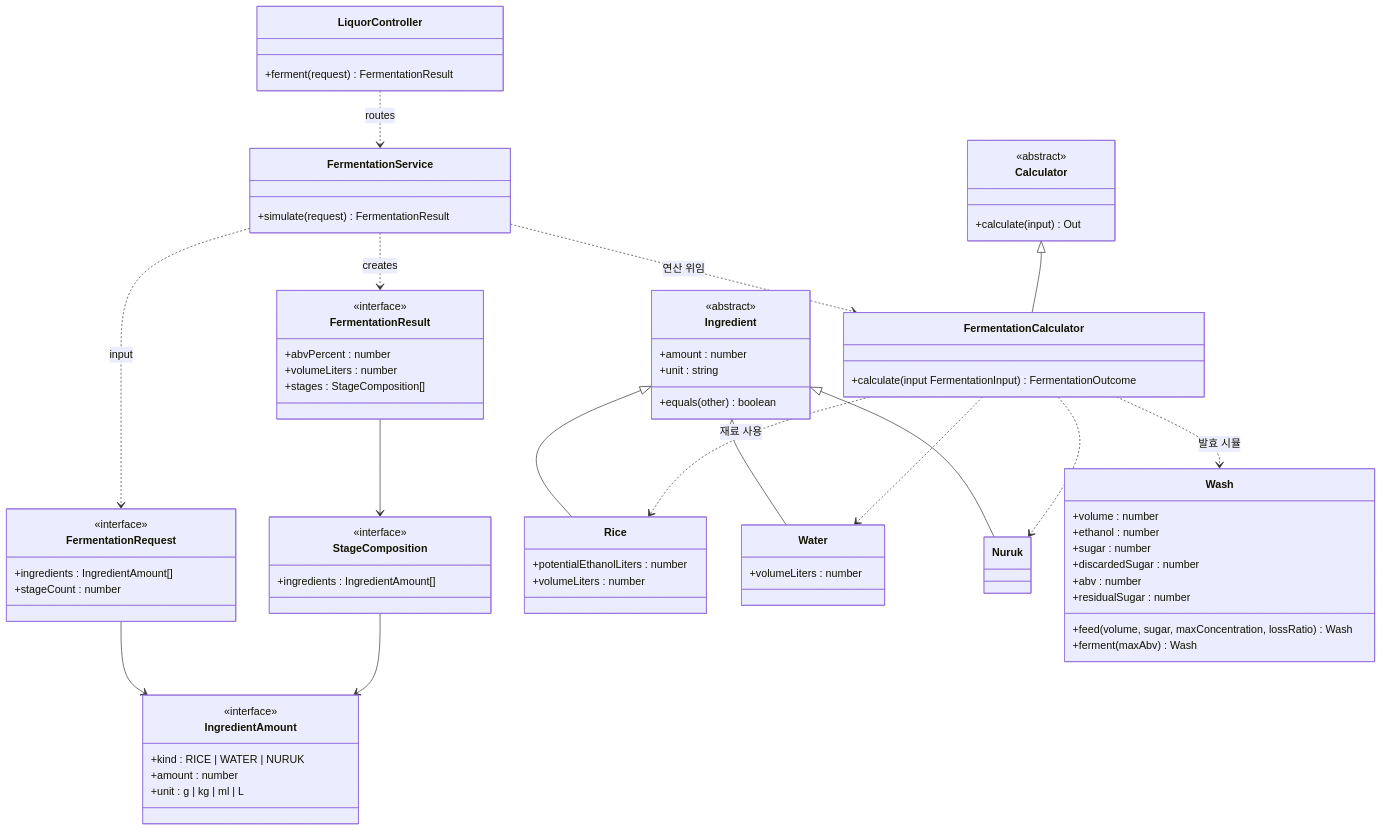
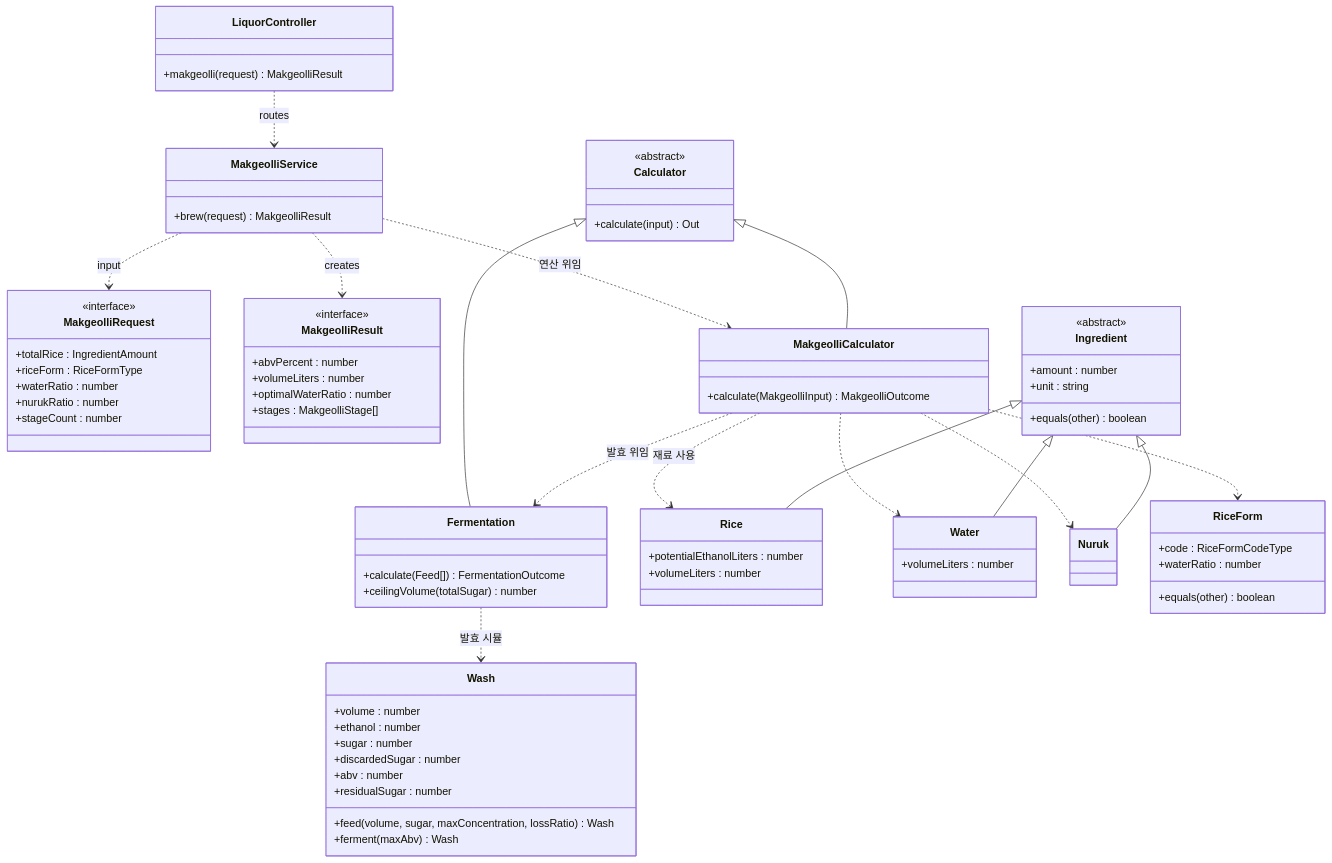
One commit to TransparentDeveloper/alcolmeter changed the second of 2 diagrams in packages/domain-v2/README.md. Above: the diagram before and after it, drawn with Mermaid. The commit also changed other lines of this file and 12 other files, not shown here.

````diff
--- a/packages/domain-v2/README.md
+++ b/packages/domain-v2/README.md
@@ -25,57 +141,57 @@
 ```mermaid
 classDiagram
     class LiquorController {
-        +ferment(request) FermentationResult
+        +makgeolli(request) MakgeolliResult
     }
-
-    class FermentationService {
-        +simulate(request) FermentationResult
+    class MakgeolliService {
+        +brew(request) MakgeolliResult
     }
-
-    class FermentationRequest {
+    class MakgeolliRequest {
         <<interface>>
-        +ingredients : IngredientAmount[]
+        +totalRice : IngredientAmount
+        +riceForm : RiceFormType
+        +waterRatio : number
+        +nurukRatio : number
         +stageCount : number
     }
-
-    class IngredientAmount {
-        <<interface>>
-        +kind : RICE | WATER | NURUK
-        +amount : number
-        +unit : g | kg | ml | L
-    }
-
-    class StageComposition {
-        <<interface>>
-        +ingredients : IngredientAmount[]
-    }
-
-    class FermentationResult {
+    class MakgeolliResult {
         <<interface>>
         +abvPercent : number
         +volumeLiters : number
-        +stages : StageComposition[]
+        +optimalWaterRatio : number
+        +stages : MakgeolliStage[]
     }
-
+    class Calculator {
+        <<abstract>>
+        +calculate(input) Out
+    }
+    class MakgeolliCalculator {
+        +calculate(MakgeolliInput) MakgeolliOutcome
+    }
+    class Fermentation {
+        +calculate(Feed[]) FermentationOutcome
+        +ceilingVolume(totalSugar) number
+    }
     class Ingredient {
         <<abstract>>
         +amount : number
         +unit : string
         +equals(other) boolean
     }
-
     class Rice {
         +potentialEthanolLiters : number
         +volumeLiters : number
     }
-
     class Water {
         +volumeLiters : number
     }
-
     class Nuruk {
     }
-
+    class RiceForm {
+        +code : RiceFormCodeType
+        +waterRatio : number
+        +equals(other) boolean
+    }
     class Wash {
         +volume : number
         +ethanol : number
@@ -87,28 +203,19 @@
         +ferment(maxAbv) Wash
     }
 
-    class Calculator {
-        <<abstract>>
-        +calculate(input) Out
-    }
-
-    class FermentationCalculator {
-        +calculate(input FermentationInput) FermentationOutcome
-    }
-
-    LiquorController ..> FermentationService : routes
-    FermentationService ..> FermentationRequest : input
-    FermentationService ..> FermentationResult : creates
-    FermentationService ..> FermentationCalculator : 연산 위임
-    FermentationRequest --> IngredientAmount
-    FermentationResult --> StageComposition
-    StageComposition --> IngredientAmount
+    LiquorController ..> MakgeolliService : routes
+    MakgeolliService ..> MakgeolliRequest : input
+    MakgeolliService ..> MakgeolliResult : creates
+    MakgeolliService ..> MakgeolliCalculator : 연산 위임
+    Calculator <|-- MakgeolliCalculator
+    Calculator <|-- Fermentation
+    MakgeolliCalculator ..> Fermentation : 발효 위임
+    MakgeolliCalculator ..> Rice : 재료 사용
+    MakgeolliCalculator ..> Water
+    MakgeolliCalculator ..> Nuruk
+    MakgeolliCalculator ..> RiceForm
+    Fermentation ..> Wash : 발효 시뮬
     Ingredient <|-- Rice
     Ingredient <|-- Water
     Ingredient <|-- Nuruk
-    Calculator <|-- FermentationCalculator
-    FermentationCalculator ..> Rice : 재료 사용
-    FermentationCalculator ..> Water
-    FermentationCalculator ..> Nuruk
-    FermentationCalculator ..> Wash : 발효 시뮬
 ```
````
